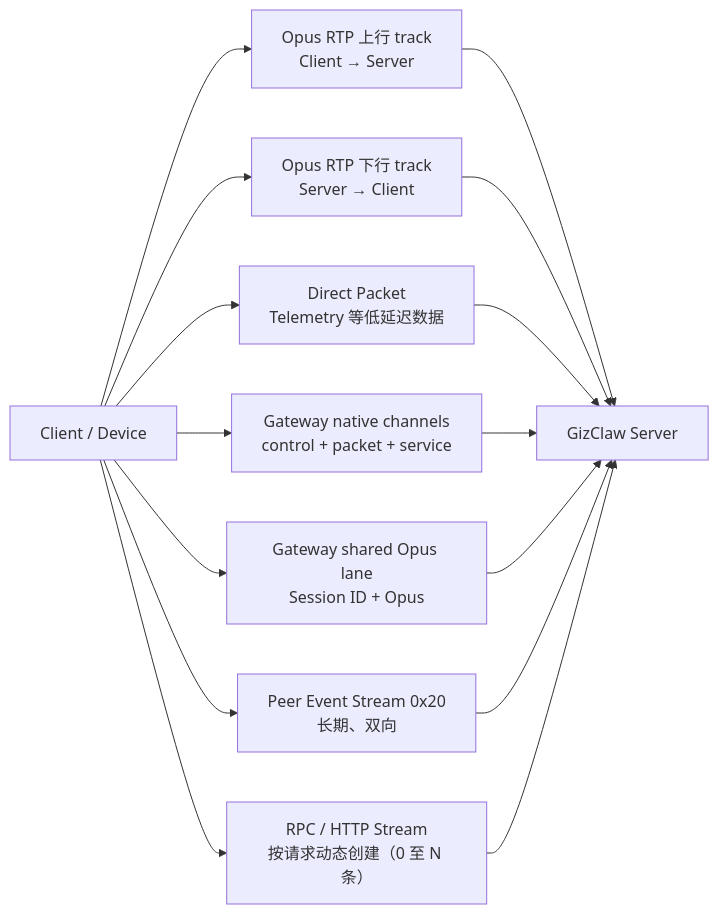
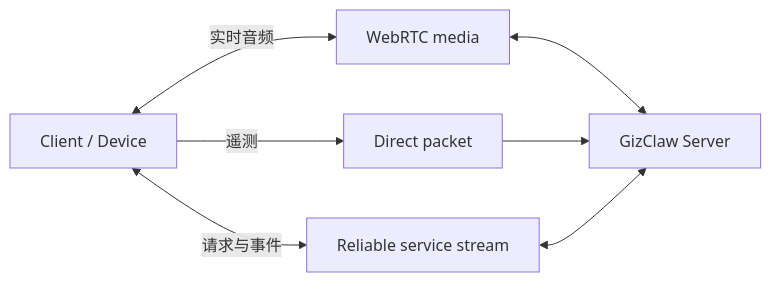
One commit to GizClaw/gizclaw changed the diagram in guides/references/streams.md. Above: the diagram before and after it, drawn with Mermaid. The commit also changed other lines of this file and 202 other files, not shown here.

````diff
--- a/guides/references/streams.md
+++ b/guides/references/streams.md
@@ -5,10 +7,9 @@
 ```mermaid
 flowchart LR
-    Client["Client / Device"] --> MediaUp["Opus RTP 上行 track<br/>Client → Server"] --> Server["GizClaw Server"]
-    Client --> MediaDown["Opus RTP 下行 track<br/>Server → Client"] --> Server
-    Client --> Packet["Direct Packet<br/>Telemetry 等低延迟数据"] --> Server
-    Client --> EdgeChannels["Gateway native channels<br/>control + packet + service"] --> Server
-    Client --> EdgeOpus["Gateway shared Opus lane<br/>Session ID + Opus"] --> Server
-    Client --> Events["Peer Event Stream 0x20<br/>长期、双向"] --> Server
-    Client --> Services["RPC / HTTP Stream<br/>按请求动态创建（0 至 N 条）"] --> Server
+    Client["Client / Device"] <-->|"实时音频"| Media["WebRTC media"]
+    Client -->|"遥测"| Packet["Direct packet"]
+    Client <-->|"请求与事件"| Service["Reliable service stream"]
+    Media <--> Server["GizClaw Server"]
+    Packet --> Server
+    Service <--> Server
 ```
````
